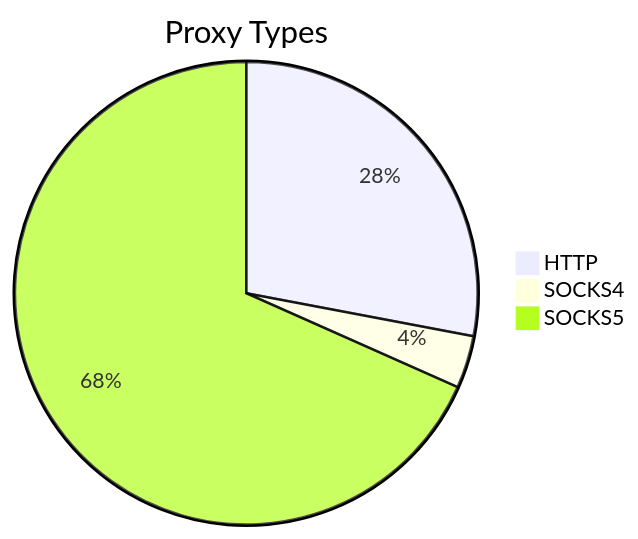
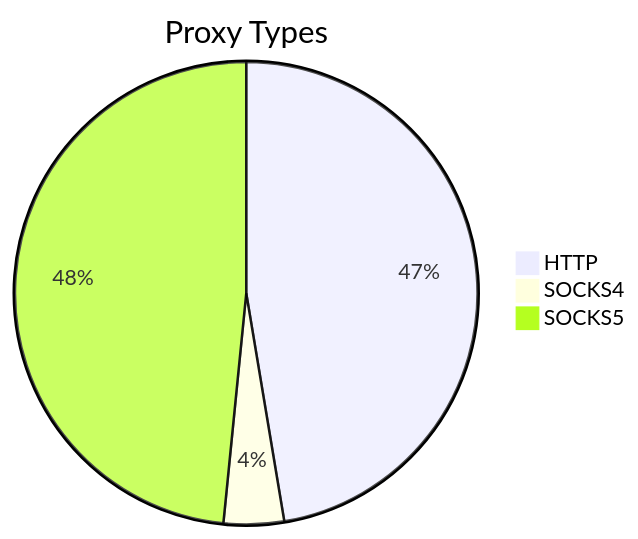
One commit to stormsia/proxy-list changed the first of 2 diagrams in README.md. Above: the diagram before and after it, drawn with Mermaid. The commit also changed other lines of this file, not shown here.

````diff
--- a/README.md
+++ b/README.md
@@ -21,6 +21,6 @@
 ```mermaid
 pie title Proxy Types
-    "HTTP" : 488
-    "SOCKS4" : 64
-    "SOCKS5" : 1192
+    "HTTP" : 360
+    "SOCKS4" : 32
+    "SOCKS5" : 368
 ```
````
